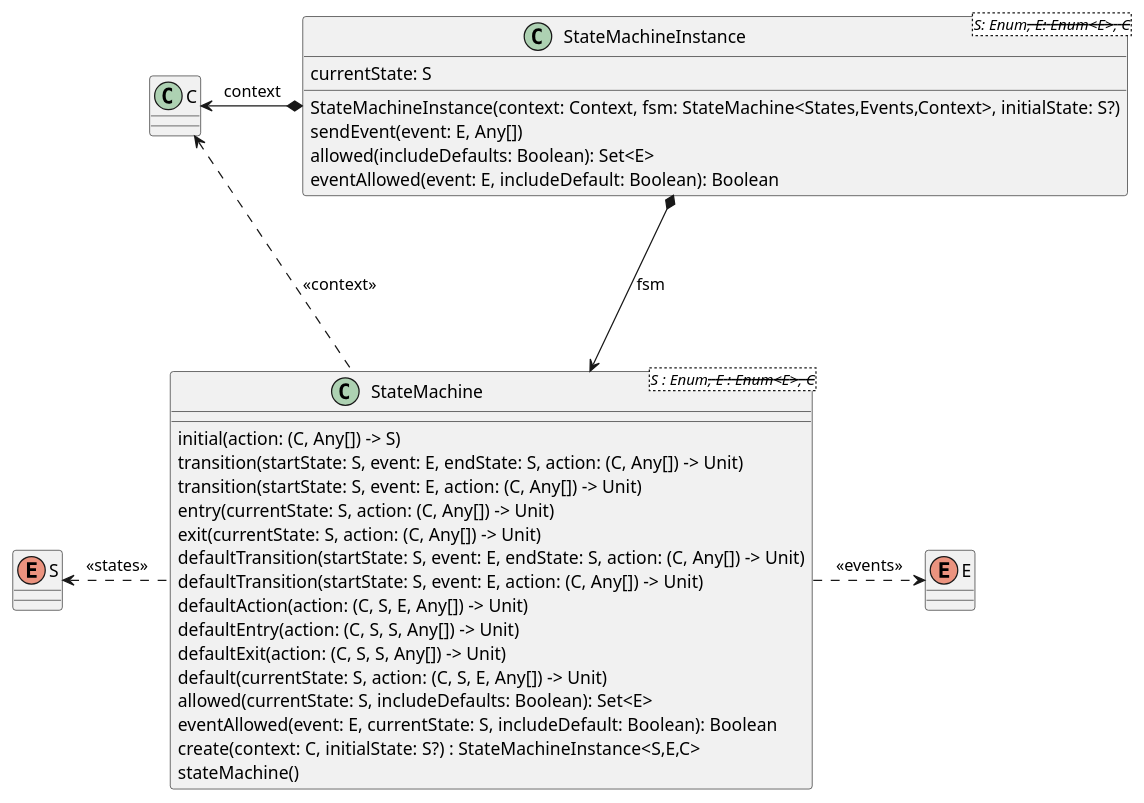
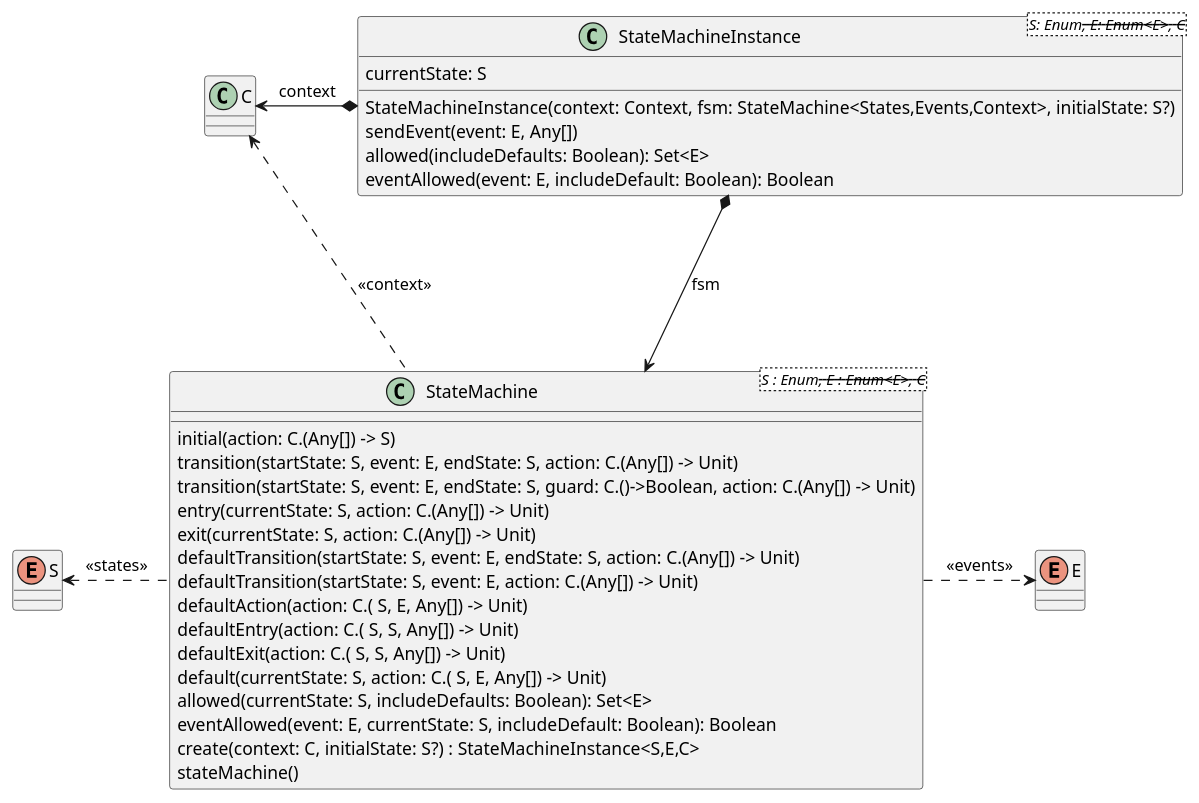
Before and after one commit to open-jumpco/kfsm: the diagram in src/doc/plantuml/statemachine-model.plantuml, drawn with PlantUML. The commit also changed 5 other files, not shown here.

```diff
--- a/src/doc/plantuml/statemachine-model.plantuml
+++ b/src/doc/plantuml/statemachine-model.plantuml
@@ -1,43 +1,43 @@
 @startuml
 
 class C {
 }
 enum S {
 }
 enum E {
 }
 
 class StateMachine<S : Enum<S>, E : Enum<E>, C> {
-    initial(action: (C, Any[]) -> S)
-    transition(startState: S, event: E, endState: S, action: (C, Any[]) -> Unit)
-    transition(startState: S, event: E, action: (C, Any[]) -> Unit)
-    entry(currentState: S, action: (C, Any[]) -> Unit)
-    exit(currentState: S, action: (C, Any[]) -> Unit)
-    defaultTransition(startState: S, event: E, endState: S, action: (C, Any[]) -> Unit)
-    defaultTransition(startState: S, event: E, action: (C, Any[]) -> Unit)
-    defaultAction(action: (C, S, E, Any[]) -> Unit)
-    defaultEntry(action: (C, S, S, Any[]) -> Unit)
-    defaultExit(action: (C, S, S, Any[]) -> Unit)
-    default(currentState: S, action: (C, S, E, Any[]) -> Unit)
+    initial(action: C.(Any[]) -> S)
+    transition(startState: S, event: E, endState: S, action: C.(Any[]) -> Unit)
+    transition(startState: S, event: E, endState: S, guard: C.()->Boolean, action: C.(Any[]) -> Unit)
+    entry(currentState: S, action: C.(Any[]) -> Unit)
+    exit(currentState: S, action: C.(Any[]) -> Unit)
+    defaultTransition(startState: S, event: E, endState: S, action: C.(Any[]) -> Unit)
+    defaultTransition(startState: S, event: E, action: C.(Any[]) -> Unit)
+    defaultAction(action: C.( S, E, Any[]) -> Unit)
+    defaultEntry(action: C.( S, S, Any[]) -> Unit)
+    defaultExit(action: C.( S, S, Any[]) -> Unit)
+    default(currentState: S, action: C.( S, E, Any[]) -> Unit)
     allowed(currentState: S, includeDefaults: Boolean): Set<E>
     eventAllowed(event: E, currentState: S, includeDefault: Boolean): Boolean
     create(context: C, initialState: S?) : StateMachineInstance<S,E,C>
     stateMachine()
 }
 
 class StateMachineInstance<S: Enum<S>, E: Enum<E>, C> {
     StateMachineInstance(context: Context, fsm: StateMachine<States,Events,Context>, initialState: S?)
     currentState: S
     sendEvent(event: E, Any[])
     allowed(includeDefaults: Boolean): Set<E>
     eventAllowed(event: E, includeDefault: Boolean): Boolean
 }
 
 StateMachine .left.> S : <<states>>
 StateMachine .right.> E : <<events>>
 StateMachine .up.> C : <<context>>
 
 StateMachineInstance *---> StateMachine : fsm
 StateMachineInstance *-left-> C : context
 
 @enduml
```
